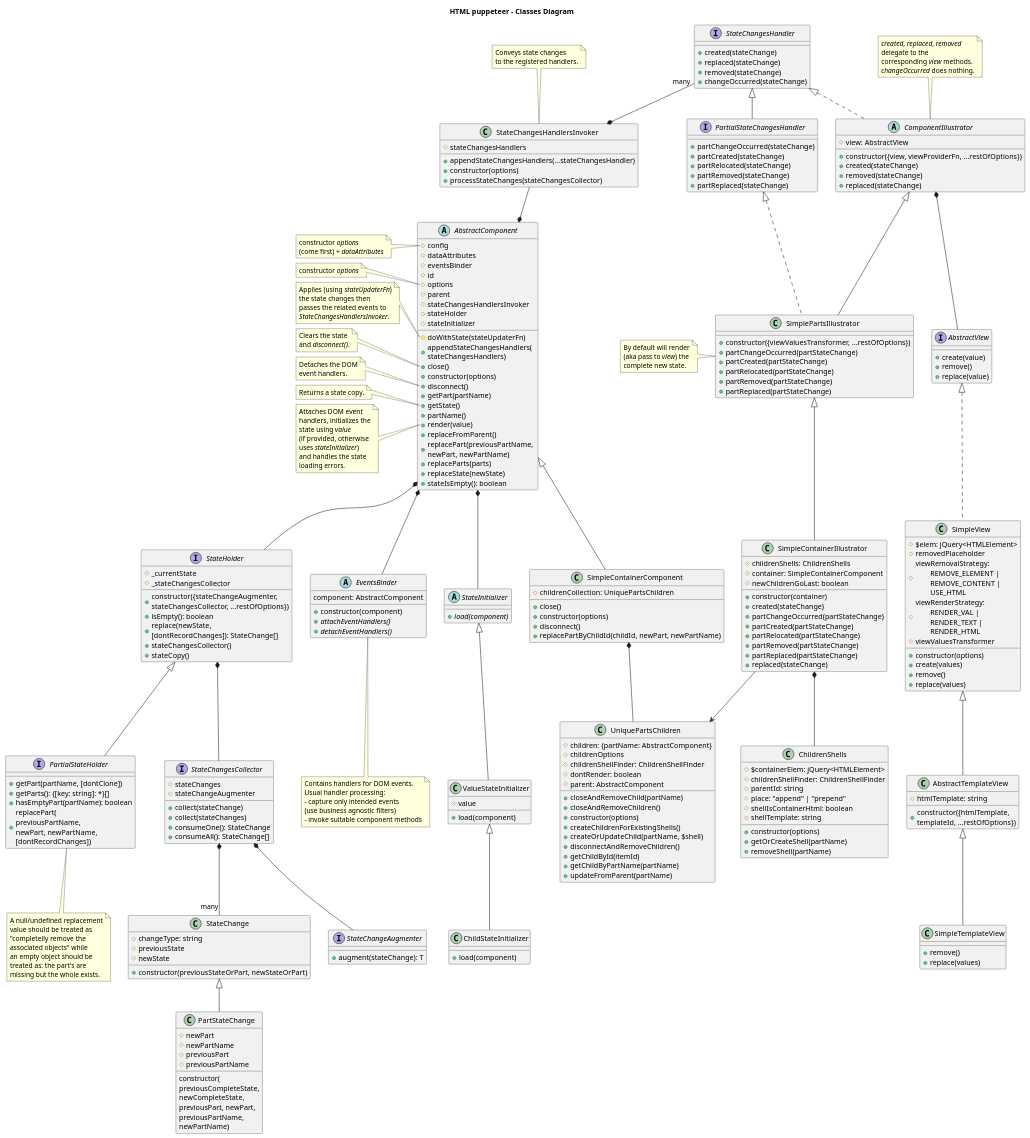
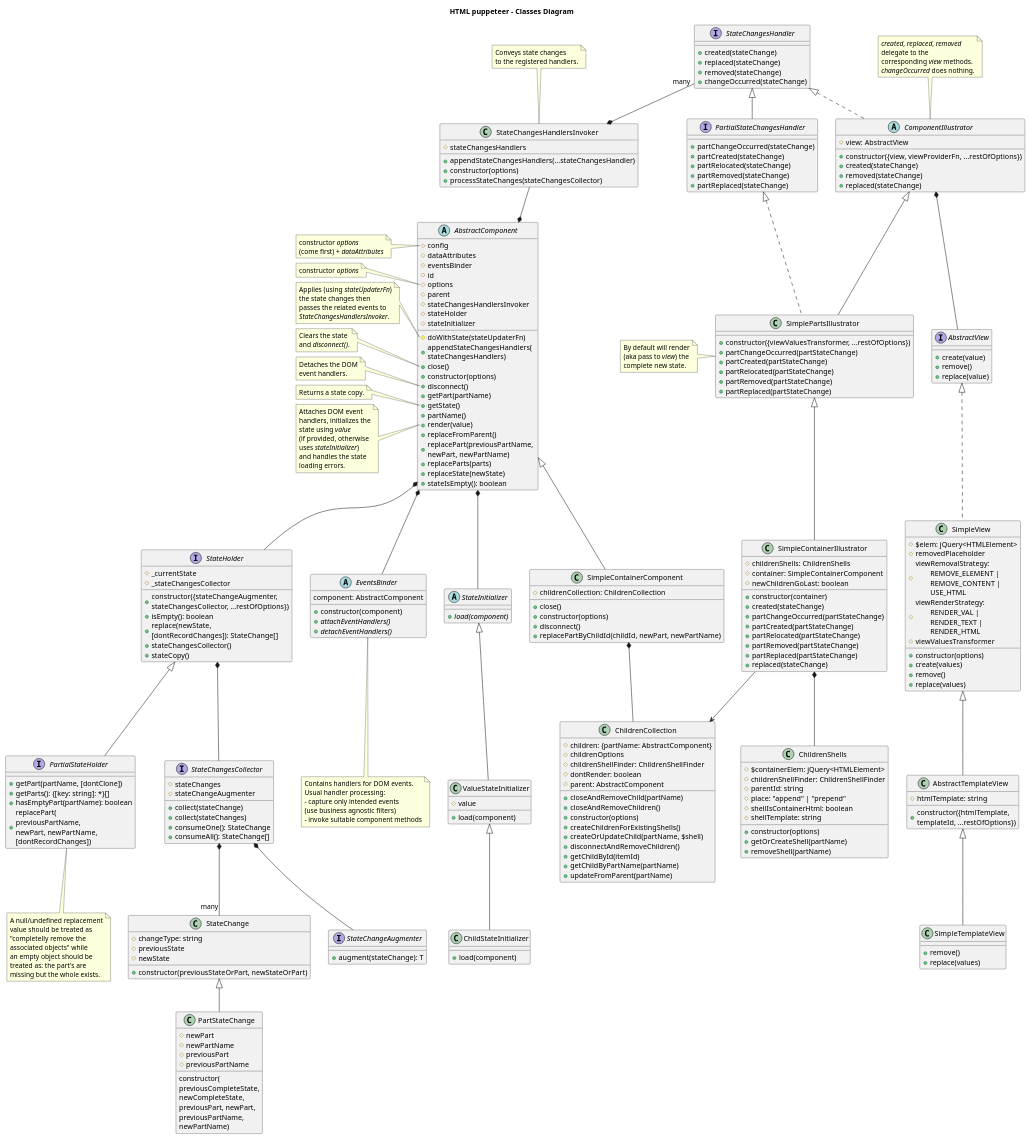
Before and after one commit to adrhc/html-puppeteer: the diagram in design/classes-diagram-v1.puml, drawn with PlantUML. The commit also changed 10 other files, not shown here.

Commit message:
removed DuplicatedPartsChildren.js, UniquePartsChildren.js

```diff
--- a/design/classes-diagram-v1.puml
+++ b/design/classes-diagram-v1.puml
@@ -143,7 +143,7 @@
 +removeShell(partName)
 }
 
-class UniquePartsChildren {
+class ChildrenCollection {
 #children: {partName: AbstractComponent}
 #childrenOptions
 #childrenShellFinder: ChildrenShellFinder
@@ -160,7 +160,7 @@
 +updateFromParent(partName)
 }
 
-SimpleContainerIllustrator -down-> UniquePartsChildren
+SimpleContainerIllustrator -down-> ChildrenCollection
 SimpleContainerIllustrator *-down- ChildrenShells
 
 abstract EventsBinder {
@@ -267,14 +267,14 @@
 end note
 
 class SimpleContainerComponent extends AbstractComponent {
-#childrenCollection: UniquePartsChildren
+#childrenCollection: ChildrenCollection
 +close()
 +constructor(options)
 +disconnect()
 +replacePartByChildId(childId, newPart, newPartName)
 }
 
-SimpleContainerComponent *-down- UniquePartsChildren
+SimpleContainerComponent *-down- ChildrenCollection
 
 /'interface ErrorsHandler {
 +accept(error)
```
